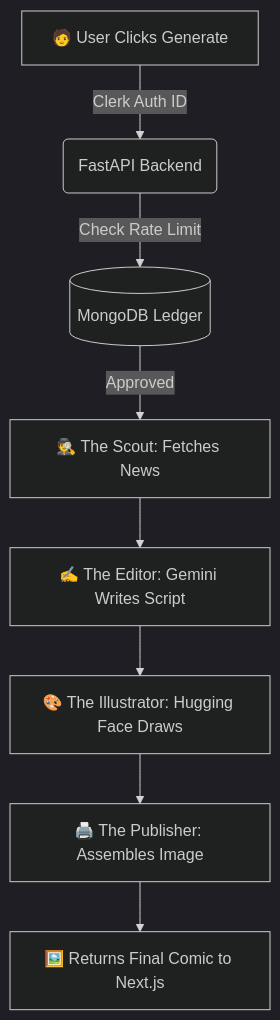
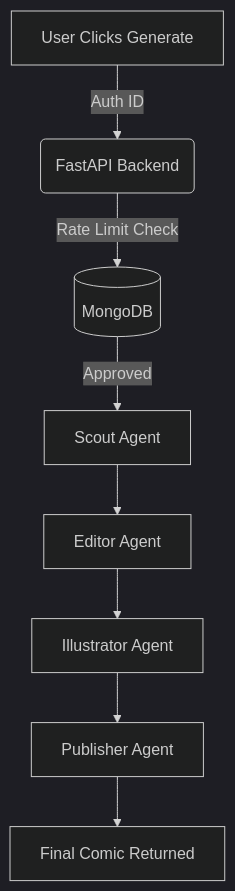
One commit to Dumbsham/daily-satire-factory changed the diagram in README.MD. Above: the diagram before and after it, drawn with Mermaid (dark theme). The commit also changed other lines of this file, not shown here.

````diff
--- a/README.MD
+++ b/README.MD
@@ -59,10 +76,10 @@
 ```mermaid
 graph TD;
-    A[🧑 User Clicks Generate] -->|Clerk Auth ID| B(FastAPI Backend)
-    B -->|Check Rate Limit| C[(MongoDB Ledger)]
-    C -->|Approved| D[🕵️ The Scout: Fetches News]
-    D --> E[✍️ The Editor: Gemini Writes Script]
-    E --> F[🎨 The Illustrator: Hugging Face Draws]
-    F --> G[🖨️ The Publisher: Assembles Image]
-    G --> H[🖼️ Returns Final Comic to Next.js]
+    A[User Clicks Generate] -->|Auth ID| B(FastAPI Backend)
+    B -->|Rate Limit Check| C[(MongoDB)]
+    C -->|Approved| D[Scout Agent]
+    D --> E[Editor Agent]
+    E --> F[Illustrator Agent]
+    F --> G[Publisher Agent]
+    G --> H[Final Comic Returned]
 ```
````
